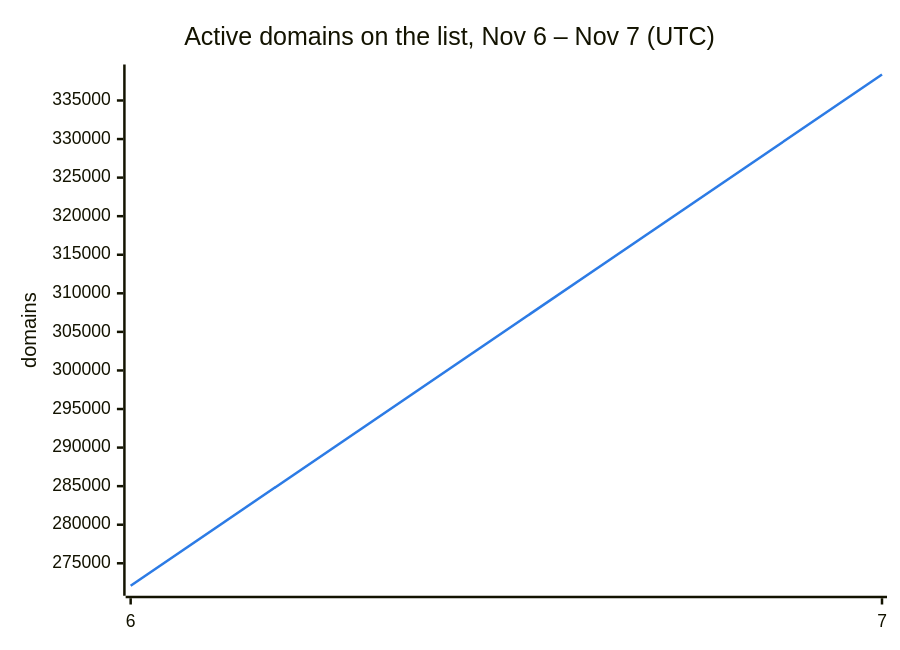
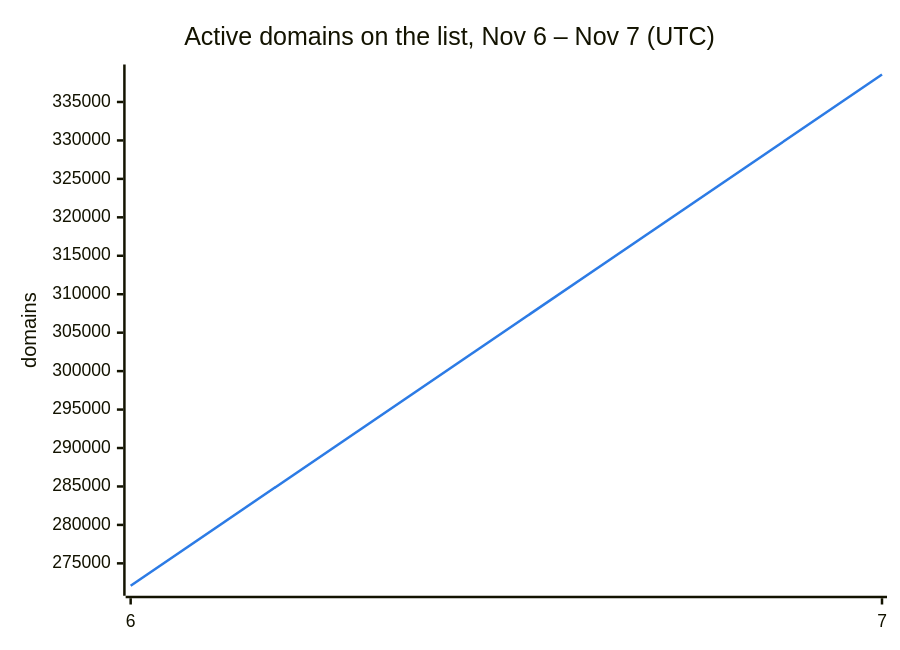
Before and after one commit to DNSBunker/CTI: the second of 3 diagrams in README.md, drawn with Mermaid. The commit also changed other lines of this file and 3 other files, not shown here.

````diff
--- a/README.md
+++ b/README.md
@@ -38,8 +38,8 @@
 ```mermaid
 %%{init: {"themeVariables": {"xyChart": {"plotColorPalette": "#2c7be5"}}}}%%
 xychart-beta
     title "Active domains on the list, Nov 6 – Nov 7 (UTC)"
     x-axis ["6", "7"]
     y-axis "domains"
-    line [272088, 338368]
+    line [272088, 338575]
 ```
````
